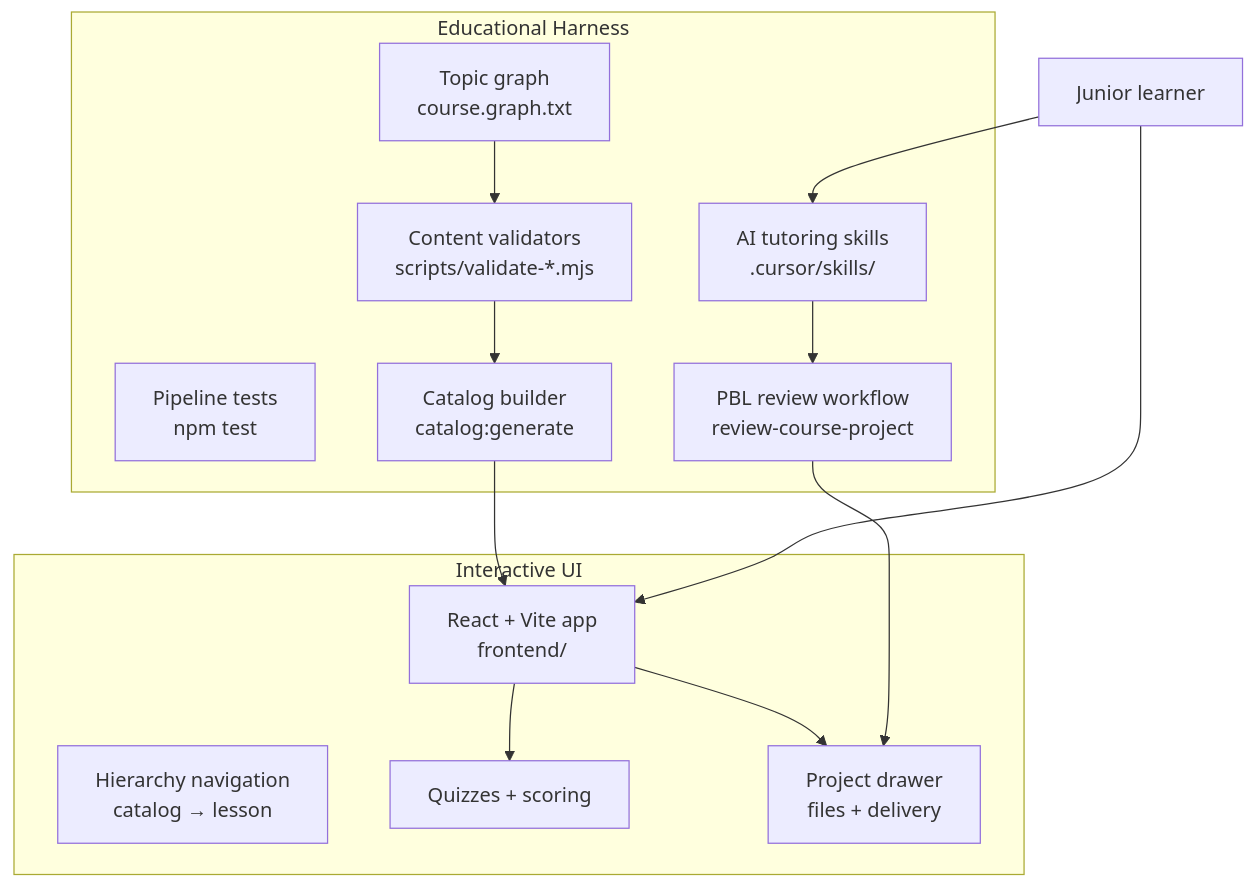
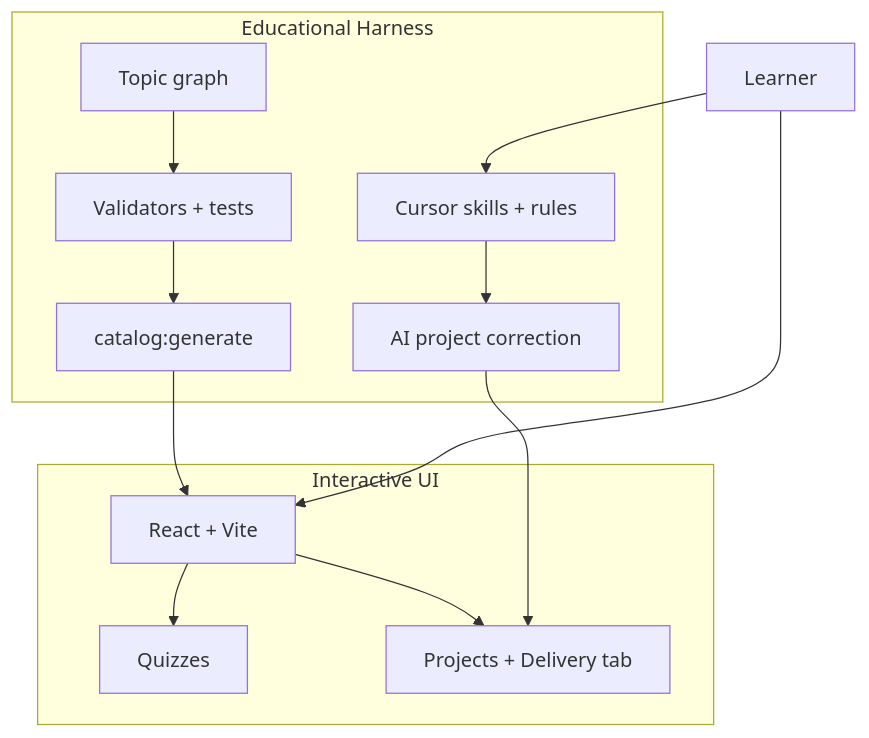
Before and after one commit to paulocymbaum/hackerrank-lab: the diagram in README.md, drawn with Mermaid. The commit also changed other lines of this file, not shown here.

````diff
--- a/README.md
+++ b/README.md
@@ -22,26 +24,18 @@
 ```mermaid
 flowchart TB
   subgraph harness [Educational Harness]
-    Graph["Topic graph\ncourse.graph.txt"]
-    Validate["Content validators\nscripts/validate-*.mjs"]
-    Tests["Pipeline tests\nnpm test"]
-    Catalog["Catalog builder\ncatalog:generate"]
-    Skills["AI tutoring skills\n.cursor/skills/"]
-    Review["PBL review workflow\nreview-course-project"]
+    Graph["Topic graph"] --> Validate["Validators + tests"]
+    Validate --> Catalog["catalog:generate"]
+    Skills["Cursor skills + rules"] --> Review["AI project correction"]
   end
 
   subgraph ui [Interactive UI]
-    App["React + Vite app\nfrontend/"]
-    Nav["Hierarchy navigation\ncatalog → lesson"]
-    Quiz["Quizzes + scoring"]
-    Project["Project drawer\nfiles + delivery"]
+    App["React + Vite"] --> Quiz["Quizzes"]
+    App --> Project["Projects + Delivery tab"]
   end
 
-  Graph --> Validate --> Catalog --> App
-  App --> Quiz
-  App --> Project
-  Skills --> Review
+  Catalog --> App
   Review --> Project
-  Learner["Junior learner"] --> App
+  Learner["Learner"] --> App
   Learner --> Skills
 ```
````
